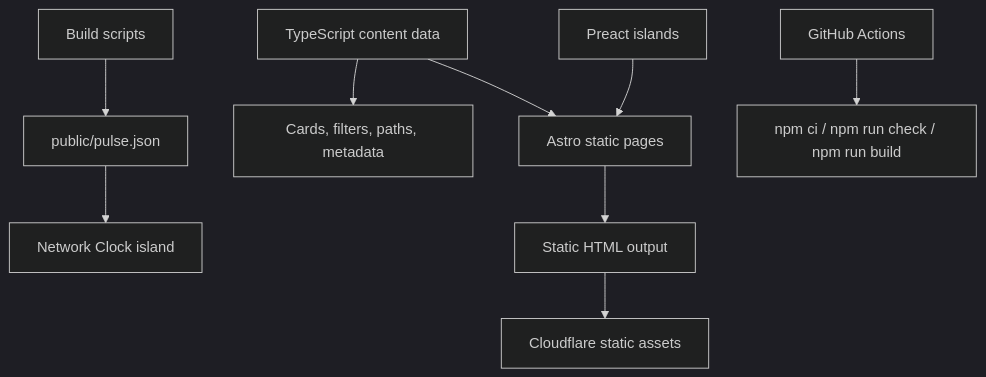
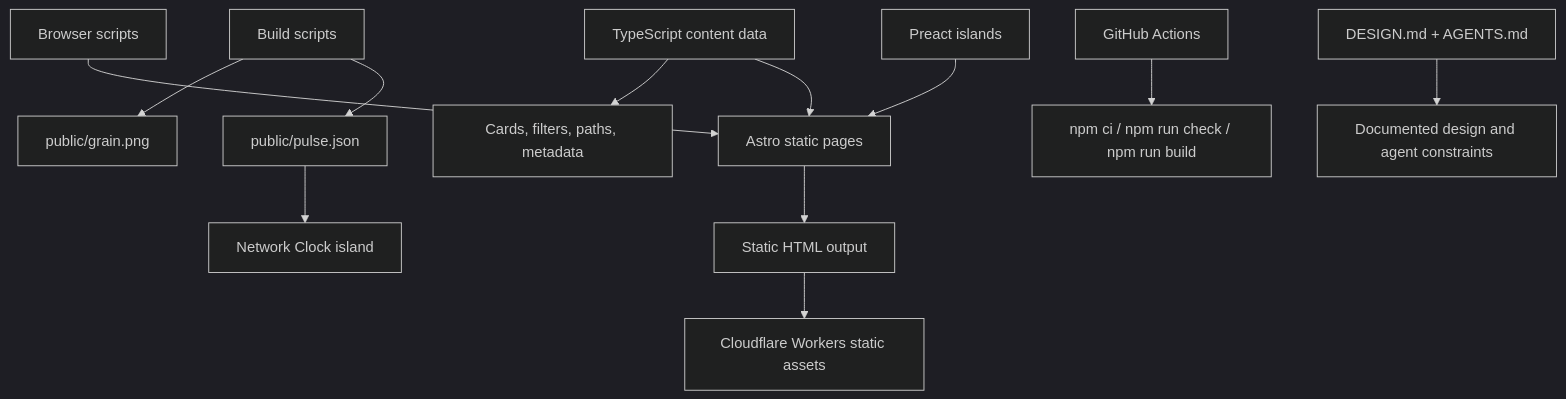
One commit to VeteranXYZ/BitcoinMind changed the diagram in README.md. Above: the diagram before and after it, drawn with Mermaid (dark theme). The commit also changed other lines of this file and 2 other files, not shown here.

````diff
--- a/README.md
+++ b/README.md
@@ -31,11 +43,14 @@
 ```mermaid
 flowchart TD
   A[TypeScript content data] --> B[Astro static pages]
   A --> C[Cards, filters, paths, metadata]
   D[Build scripts] --> E[public/pulse.json]
-  E --> F[Network Clock island]
+  D --> F[public/grain.png]
+  E --> G[Network Clock island]
   H[Preact islands] --> B
-  B --> G[Static HTML output]
-  G --> I[Cloudflare static assets]
-  J[GitHub Actions] --> K[npm ci / npm run check / npm run build]
+  I[Browser scripts] --> B
+  B --> J[Static HTML output]
+  J --> K[Cloudflare Workers static assets]
+  L[GitHub Actions] --> M[npm ci / npm run check / npm run build]
+  N[DESIGN.md + AGENTS.md] --> O[Documented design and agent constraints]
 ```
````
